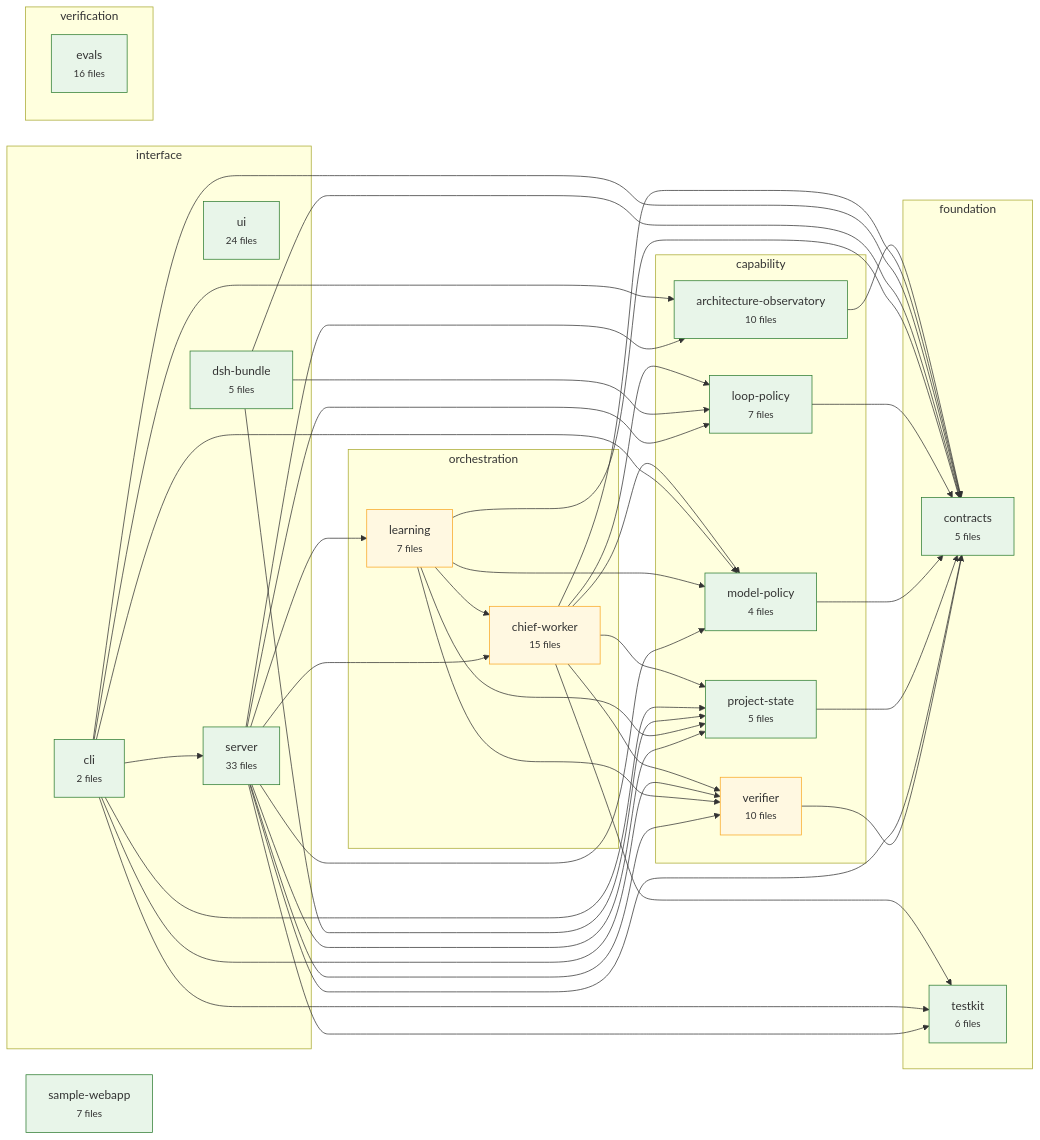
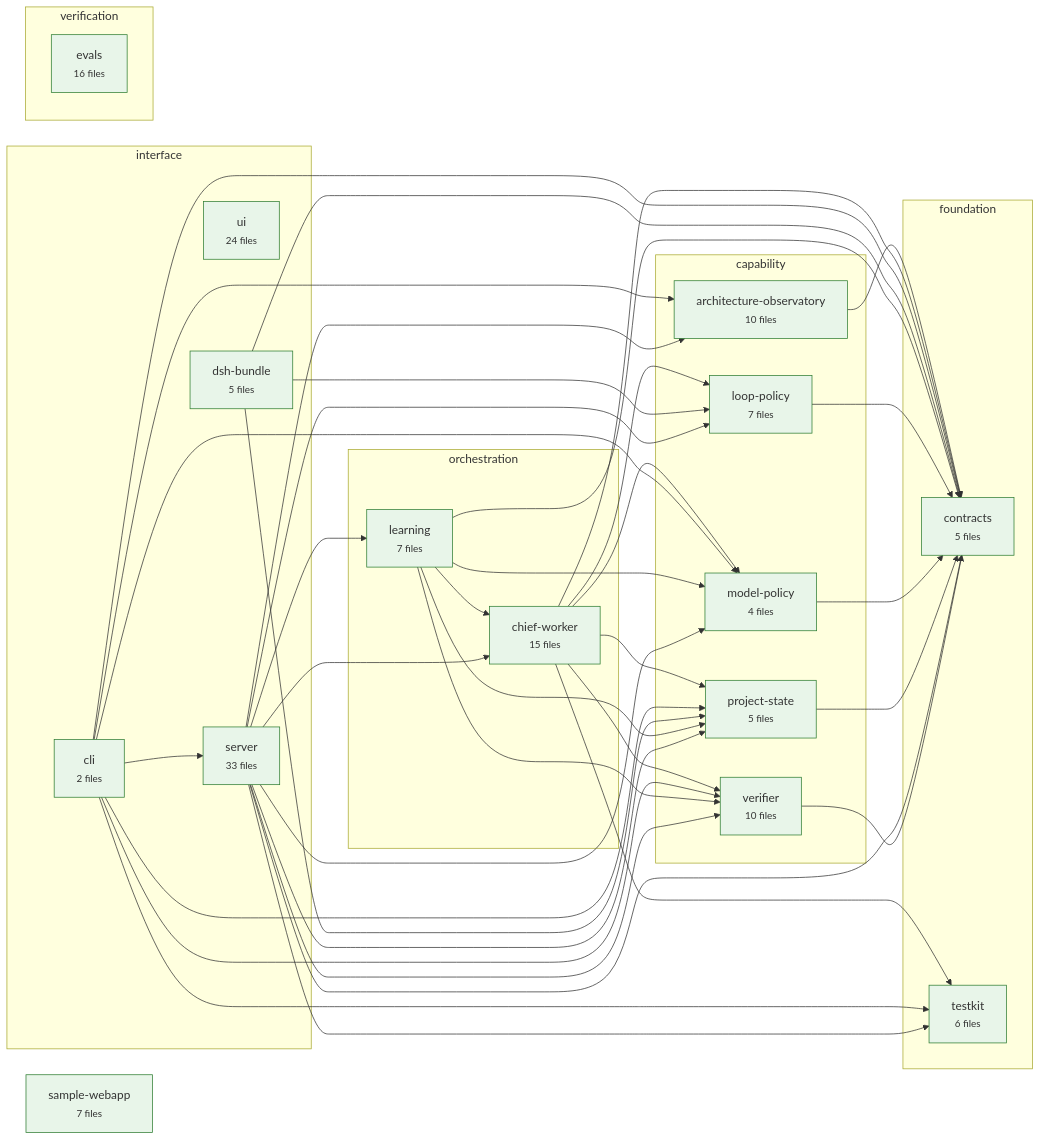
One commit to CharAzinabulu0079/dgx-super-agent changed the diagram in .architecture/graph.mmd. Above: the diagram before and after it, drawn with Mermaid. The commit also changed 1 other file, not shown here.

```diff
--- a/.architecture/graph.mmd
+++ b/.architecture/graph.mmd
@@ -1,81 +1,81 @@
 flowchart LR
   subgraph layer_foundation["foundation"]
     contracts["contracts<br/><small>5 files</small>"]
     testkit["testkit<br/><small>6 files</small>"]
   end
   subgraph layer_capability["capability"]
     project_state["project-state<br/><small>5 files</small>"]
     verifier["verifier<br/><small>10 files</small>"]
     loop_policy["loop-policy<br/><small>7 files</small>"]
     model_policy["model-policy<br/><small>4 files</small>"]
     architecture_observatory["architecture-observatory<br/><small>10 files</small>"]
   end
   subgraph layer_orchestration["orchestration"]
     learning["learning<br/><small>7 files</small>"]
     chief_worker["chief-worker<br/><small>15 files</small>"]
   end
   subgraph layer_interface["interface"]
     server["server<br/><small>33 files</small>"]
     cli["cli<br/><small>2 files</small>"]
     ui["ui<br/><small>24 files</small>"]
     dsh_bundle["dsh-bundle<br/><small>5 files</small>"]
   end
   subgraph layer_verification["verification"]
     evals["evals<br/><small>16 files</small>"]
   end
   sample_webapp["sample-webapp<br/><small>7 files</small>"]
   architecture_observatory --> contracts
   chief_worker --> contracts
   chief_worker --> loop_policy
   chief_worker --> model_policy
   chief_worker --> project_state
   chief_worker --> testkit
   chief_worker --> verifier
   cli --> architecture_observatory
   cli --> contracts
   cli --> model_policy
   cli --> project_state
   cli --> server
   cli --> testkit
   cli --> verifier
   dsh_bundle --> contracts
   dsh_bundle --> loop_policy
   dsh_bundle --> project_state
   learning --> chief_worker
   learning --> contracts
   learning --> model_policy
   learning --> project_state
   learning --> verifier
   loop_policy --> contracts
   model_policy --> contracts
   project_state --> contracts
   server --> architecture_observatory
   server --> chief_worker
   server --> contracts
   server --> learning
   server --> loop_policy
   server --> model_policy
   server --> project_state
   server --> testkit
   server --> verifier
   verifier --> contracts
   classDef stable fill:#e8f5e9,stroke:#2e7d32
   classDef changing fill:#fff8e1,stroke:#f9a825
   classDef worker_active fill:#e3f2fd,stroke:#1565c0
   classDef gate_failed fill:#ffebee,stroke:#c62828
   classDef protected stroke:#6a1b9a,stroke-width:3px
   class contracts stable
   class testkit stable
   class project_state stable
-  class verifier changing
+  class verifier stable
   class loop_policy stable
   class model_policy stable
   class architecture_observatory stable
-  class learning changing
-  class chief_worker changing
+  class learning stable
+  class chief_worker stable
   class server stable
   class cli stable
   class ui stable
   class dsh_bundle stable
   class evals stable
   class sample_webapp stable
```
